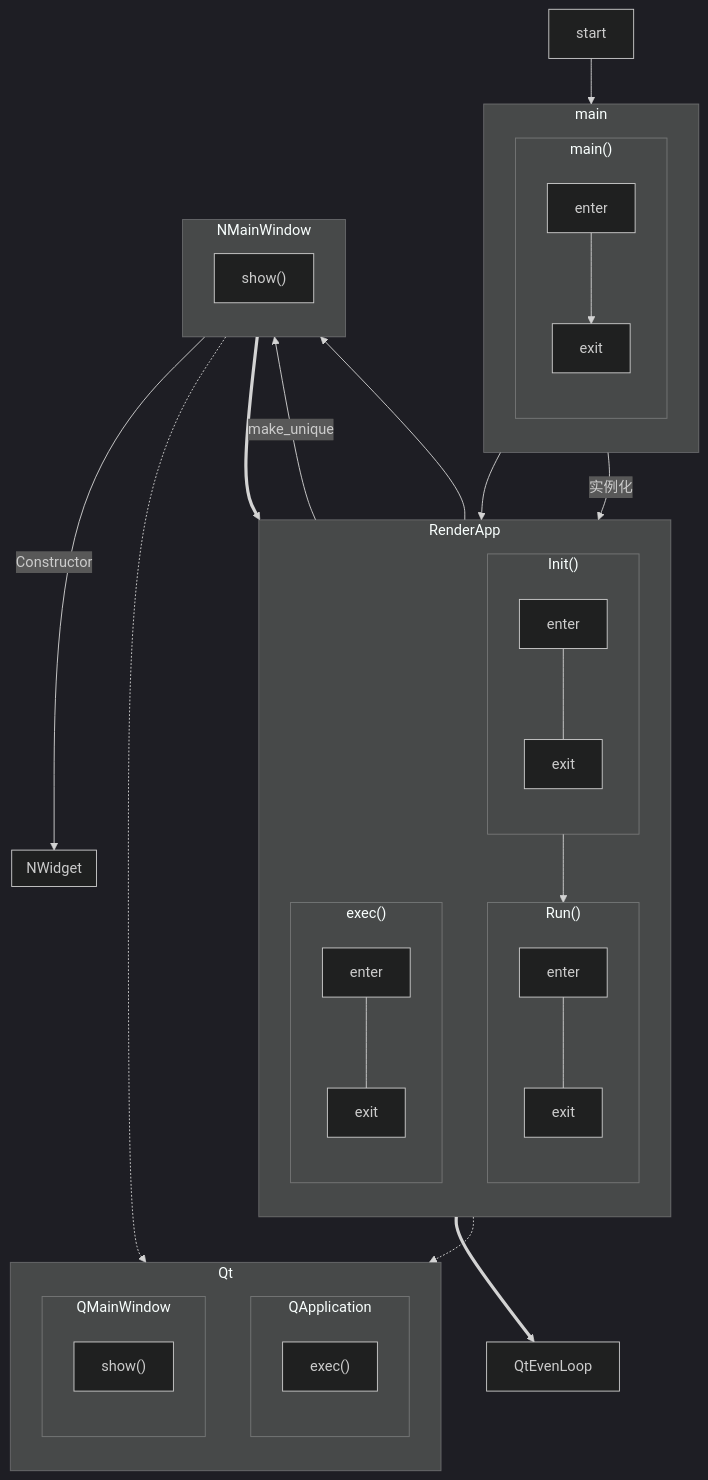
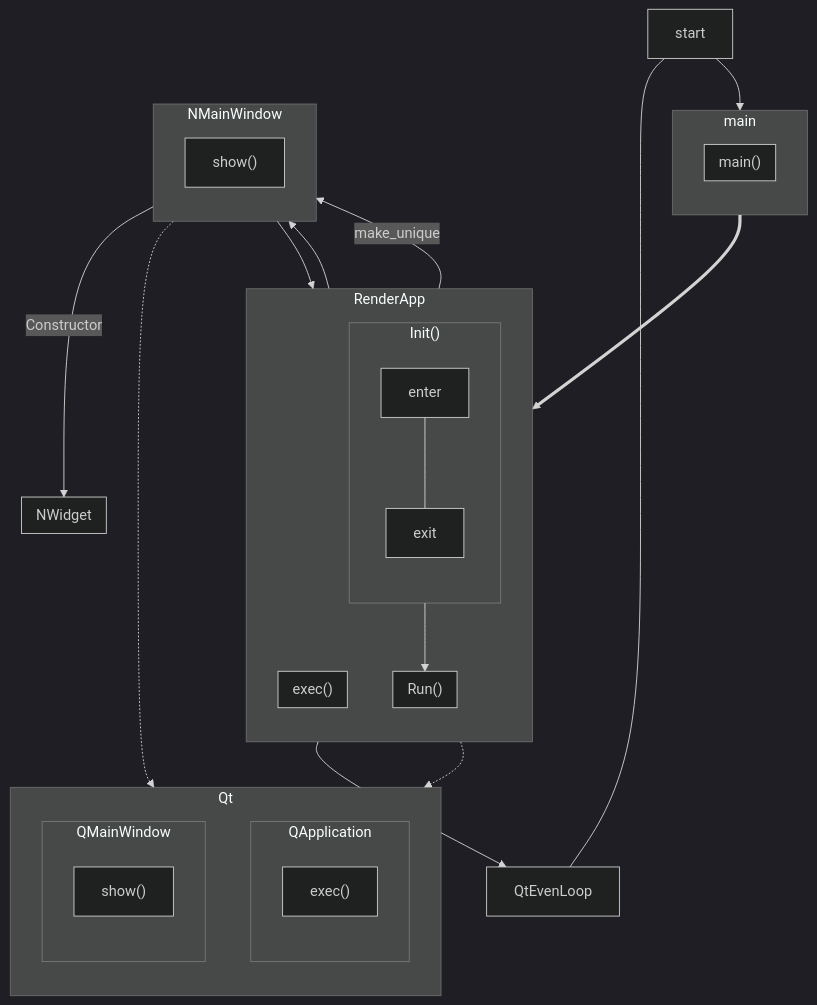
The first of 2 diagrams in tools/mermaid_editor/samples/workflow.md (XiaoliZhouCN/PyToolDashboard), drawn with Mermaid (dark theme) before and after one commit. The commit also changed 134 other files, not shown here.

Commit message:
[project][root] 完成项目首次基础搭建: 搭建dashboard主机、mermaid编辑器工具，补充文档、启动脚本与测试资源

````diff
--- a/tools/mermaid_editor/samples/workflow.md
+++ b/tools/mermaid_editor/samples/workflow.md
@@ -1,63 +1,54 @@
 ```mermaid
 flowchart TD
     start
     QtEvenLoop
     subgraph Main["main"]
         direction TB
         subgraph main_func_main["main()"]
-            direction TB
-            main_func_main_enter["enter"]
-            main_func_main_exit["exit"]
         end
     end
     subgraph RenderApp["RenderApp"]
         direction TB
         subgraph app_func_init["Init()"]
             direction TB
             app_func_init_enter["enter"]
             app_func_init_exit["exit"]
         end
         subgraph app_func_run["Run()"]
             direction TB
-            app_func_run_enter["enter"]
-            app_func_run_exit["exit"]
         end
         subgraph app_func_exec["exec()"]
             direction TB
-            app_func_exec_enter["enter"]
-            app_func_exec_exit["exit"]
         end
     end
     subgraph NMainWindow["NMainWindow"]
         direction TB
         nmainwindow_func_show["show()"]
     end
     subgraph NWidget["NWidget"]
     end
     subgraph Qt["Qt"]
         direction TB
         subgraph QApplication["QApplication"]
             direction TB
             qapp_func_exec["exec()"]
         end
         subgraph QMainWindow["QMainWindow"]
             direction TB
             qmainwindow_func_show["show()"]
         end
     end
 
-    nmainwindow_func_show ==>  app_func_exec==> QtEvenLoop
     app_func_init_enter --- app_func_init_exit
     app_func_init_enter --make_unique--> NMainWindow
     NMainWindow --Constructor--> NWidget
-    app_func_run_enter --- app_func_run_exit
-    app_func_exec_enter --- app_func_exec_exit
     nmainwindow_func_show -.-> qmainwindow_func_show
     app_func_exec -.-> qapp_func_exec
     start --> main_func_main
-    app_func_init --> app_func_run
+    main_func_main ==> app_func_init
+    nmainwindow_func_show --> app_func_exec
+    app_func_exec --> QtEvenLoop
     app_func_run --> nmainwindow_func_show
-    main_func_main_enter --> main_func_main_exit
-    main_func_main_enter --> app_func_init_enter
-    main_func_main_enter --实例化--> RenderApp
+    app_func_init_exit --> app_func_run
+    start --- QtEvenLoop
 ```
````
